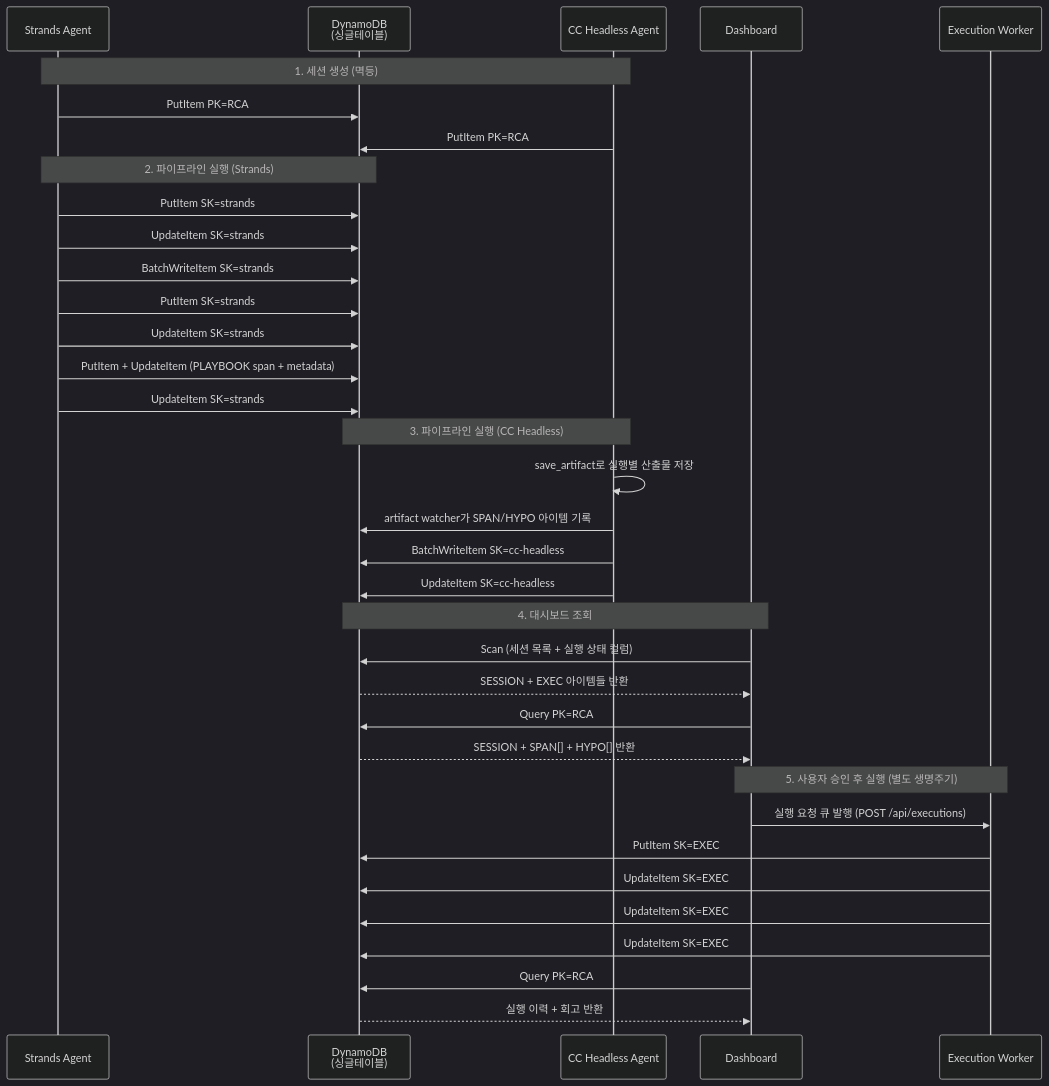
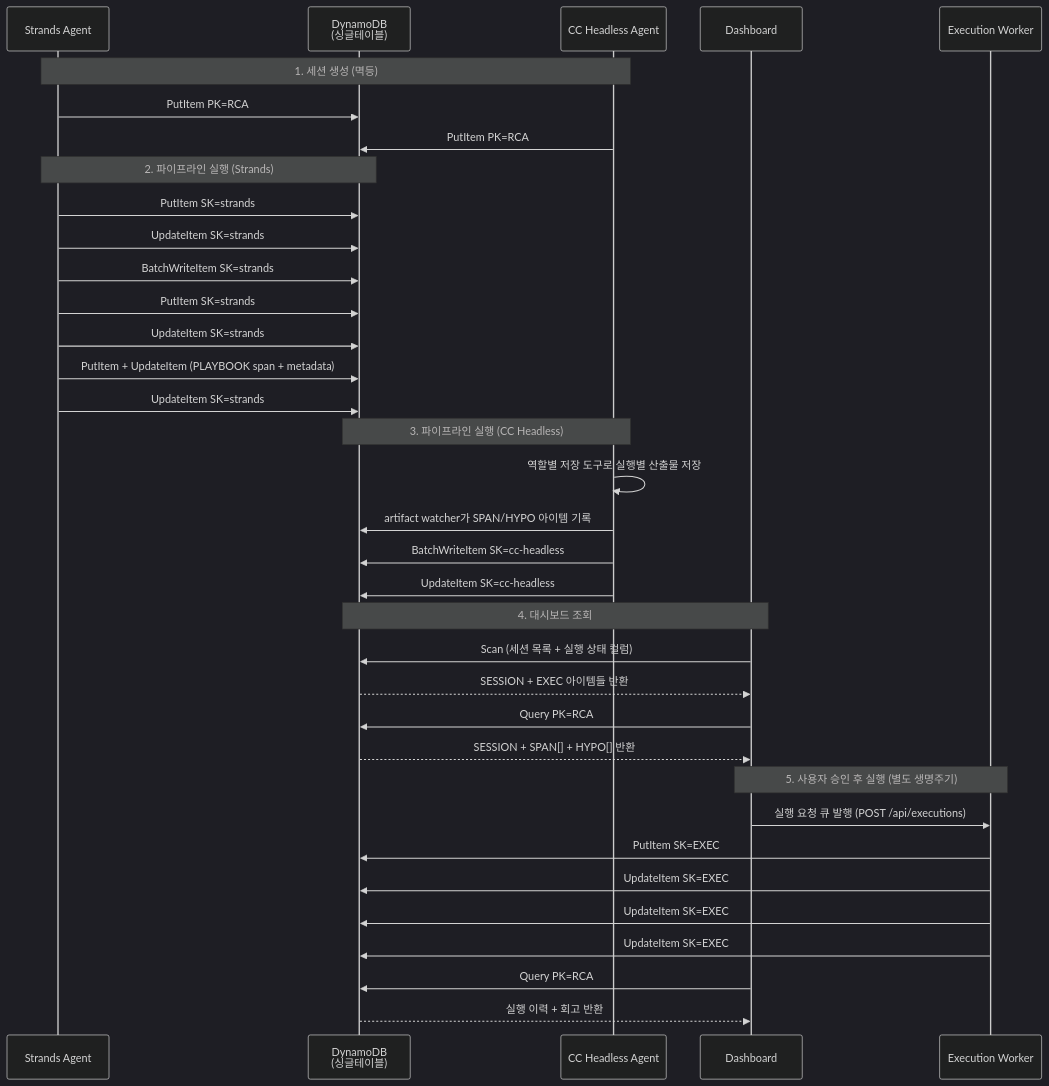
Before and after one commit to haandol/rca-agent: diagram 23 of 25 in docs/system-guide-for-ops.md, drawn with Mermaid (dark theme). The commit also changed 6 other files, not shown here.

````diff
--- a/docs/system-guide-for-ops.md
+++ b/docs/system-guide-for-ops.md
@@ -1221,42 +1221,42 @@
 ```mermaid
 sequenceDiagram
     participant SA as Strands Agent
     participant DDB as DynamoDB<br/>(싱글테이블)
     participant CCA as CC Headless Agent
     participant DASH as Dashboard
     participant EXE as Execution Worker
 
     Note over SA,CCA: 1. 세션 생성 (멱등)
     SA->>DDB: PutItem PK=RCA#id, SK=strands#SESSION<br/>ConditionExpression: attribute_not_exists(SK)
     CCA->>DDB: PutItem PK=RCA#id, SK=cc-headless#SESSION<br/>ConditionExpression: attribute_not_exists(SK)
 
     Note over SA,DDB: 2. 파이프라인 실행 (Strands)
     SA->>DDB: PutItem SK=strands#SPAN#{id} (SCOPING 시작)
     SA->>DDB: UpdateItem SK=strands#SPAN#{id} (SCOPING 완료)
     SA->>DDB: BatchWriteItem SK=strands#HYPO#{id} × N (가설 저장)
     SA->>DDB: PutItem SK=strands#SPAN#{id} (검증루프 시작)
     SA->>DDB: UpdateItem SK=strands#HYPO#{id} (검증 결과)
     SA->>DDB: PutItem + UpdateItem (PLAYBOOK span + metadata)
     SA->>DDB: UpdateItem SK=strands#SESSION (state=COMPLETED)
 
     Note over CCA,DDB: 3. 파이프라인 실행 (CC Headless)
-    CCA->>CCA: save_artifact로 실행별 산출물 저장
+    CCA->>CCA: 역할별 저장 도구로 실행별 산출물 저장
     CCA->>DDB: artifact watcher가 SPAN/HYPO 아이템 기록
     CCA->>DDB: BatchWriteItem SK=cc-headless#HYPO#{id} × N
     CCA->>DDB: UpdateItem SK=cc-headless#SESSION (state=COMPLETED)
 
     Note over DASH,DDB: 4. 대시보드 조회
     DASH->>DDB: Scan (세션 목록 + 실행 상태 컬럼)
     DDB-->>DASH: SESSION + EXEC 아이템들 반환
     DASH->>DDB: Query PK=RCA#id (트레이스 상세)
     DDB-->>DASH: SESSION + SPAN[] + HYPO[] 반환
 
     Note over DASH,EXE: 5. 사용자 승인 후 실행 (별도 생명주기)
     DASH->>EXE: 실행 요청 큐 발행 (POST /api/executions)
     EXE->>DDB: PutItem SK=EXEC#{execution_id}<br/>ConditionExpression: attribute_not_exists(SK)
     EXE->>DDB: UpdateItem SK=EXEC#{id} (증거 요약 + S3 키)
     EXE->>DDB: UpdateItem SK=EXEC#{id} (execution_state=RESOLVED | UNRESOLVED)
     EXE->>DDB: UpdateItem SK=EXEC#{id} (회고 요약 + diff S3 키)
     DASH->>DDB: Query PK=RCA#id, begins_with(SK,'EXEC#')
     DDB-->>DASH: 실행 이력 + 회고 반환
 ```
````
